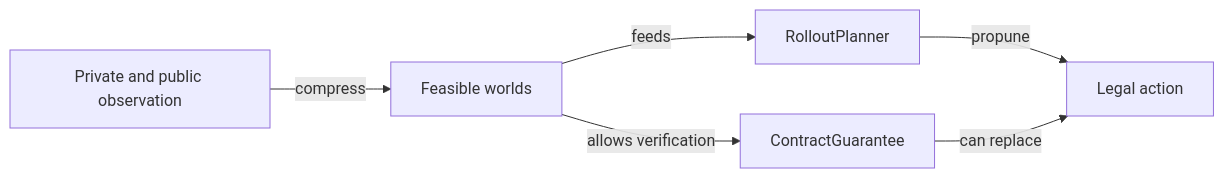
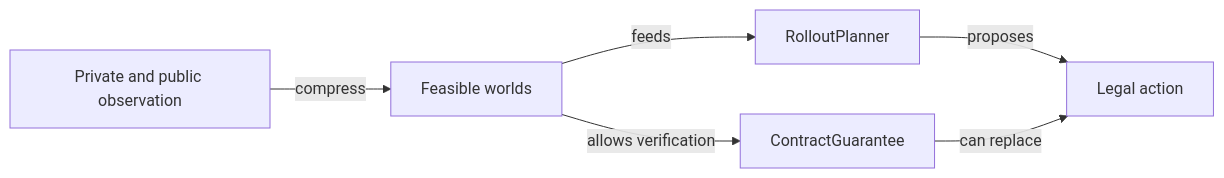
One commit to crististefanita/atf_j4 changed the diagram in whist-lab-app/ai-lab/README.md. Above: the diagram before and after it, drawn with Mermaid. The commit also changed other lines of this file and 126 other files, not shown here.

````diff
--- a/whist-lab-app/ai-lab/README.md
+++ b/whist-lab-app/ai-lab/README.md
@@ -31,8 +31,8 @@
 ```mermaid
 flowchart LR
 OBS[Private and public observation] -->|compress| WORLDS[Feasible worlds]
 WORLDS -->|feeds| PLAN[RolloutPlanner]
-PLAN -->|propune| MOVE[Legal action]
+PLAN -->|proposes| MOVE[Legal action]
 WORLDS -->|allows verification| CERT[ContractGuarantee]
 CERT -->|can replace| MOVE
 ```
````
